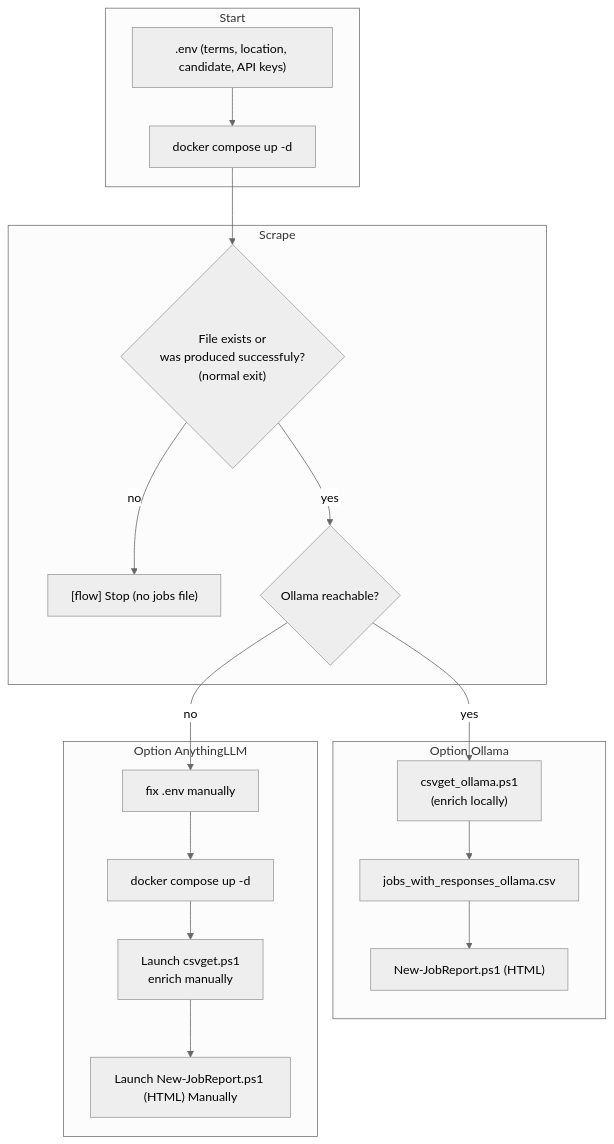
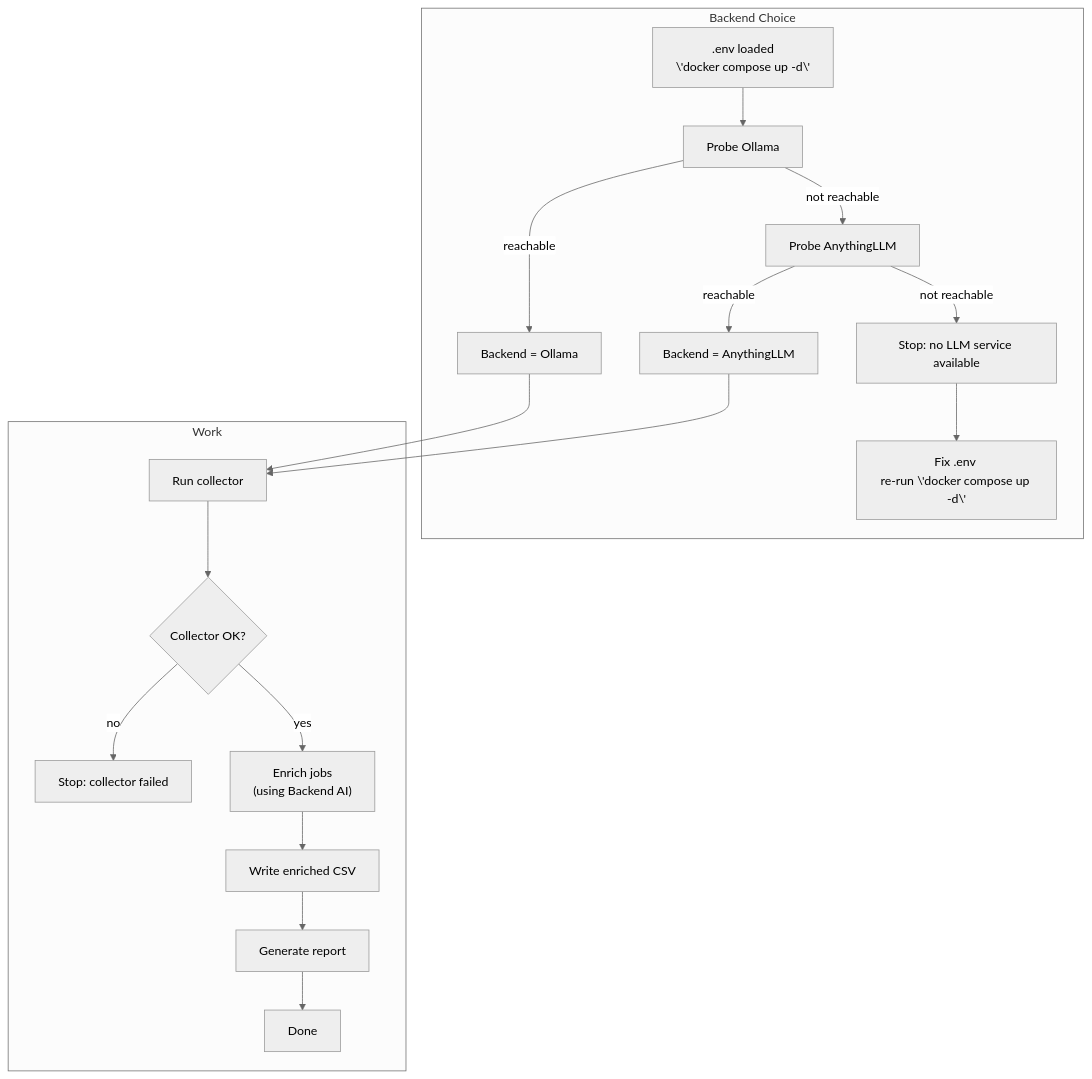
Before and after one commit to drjp81/jobanalyzer: the first of 4 diagrams in README.md, drawn with Mermaid (neutral theme). The commit also changed other lines of this file and 1 other file, not shown here.

````diff
--- a/README.md
+++ b/README.md
@@ -80,28 +67,23 @@
 ```mermaid
 flowchart TD
-  subgraph Start
-    A[".env (terms, location, candidate, API keys)"] --> B["docker compose up -d"]
-  end
-
-
-
-  subgraph Scrape
-    B --> R{"File exists or<br/>was produced successfuly?<br/>(normal exit)"}
-    R -->|no| Z["[flow] Stop (no jobs file)"]
-    R -->|yes| S{"Ollama reachable?"}
-  end
-
-  subgraph Option Ollama
-  %% Option A: Local Ollama
-  S -->|yes| A1["csvget_ollama.ps1<br/>(enrich locally)"]
-  A1 --> A2["jobs_with_responses_ollama.csv"]
-  A2 --> A3["New-JobReport.ps1 (HTML)"]
-  end
-  subgraph Option AnythingLLM
-  %% Option B: Fallback to AnythingLLM
-  S -->|no| B1["fix .env manually"]
-  B1 --> B2["docker compose up -d"]
-    B2 --> B3["Launch csvget.ps1<br/>enrich manually"]
-  B3 --> B4["Launch New-JobReport.ps1 (HTML) Manually"]
-  end
+subgraph Backend Choice
+  A[".env loaded<br/>\'docker compose up -d\'"] --> B["Probe Ollama"]
+  B -->|reachable| C["Backend = Ollama"]
+  B -->|not reachable| D["Probe AnythingLLM"]
+  D -->|reachable| W["Backend = AnythingLLM"]
+  D -->|not reachable| E["Stop: no LLM service available"]
+  E -->Y["Fix .env <br/>re-run \'docker compose up -d\'"]
+  
+end
+subgraph Work
+  %% Common pipeline (shared for both backends)
+  W --> F
+  C --> F["Run collector"]
+  F --> G{"Collector OK?"}
+  G -->|no| Z1["Stop: collector failed"]
+  G -->|yes| H["Enrich jobs<br/>(using Backend AI)"]
+  H --> I["Write enriched CSV"]
+  I --> J["Generate report"]
+  J --> K["Done"]
+end
 ```
````
